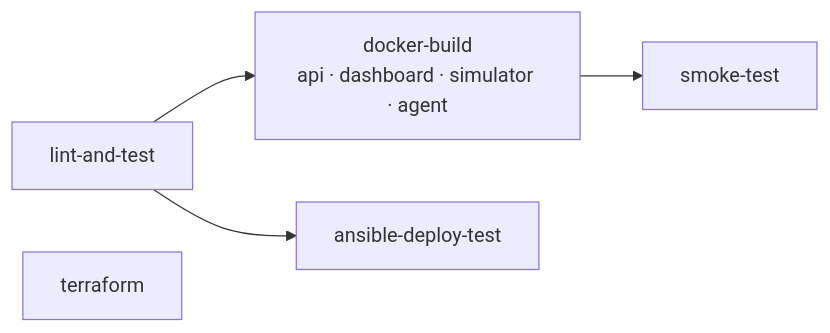
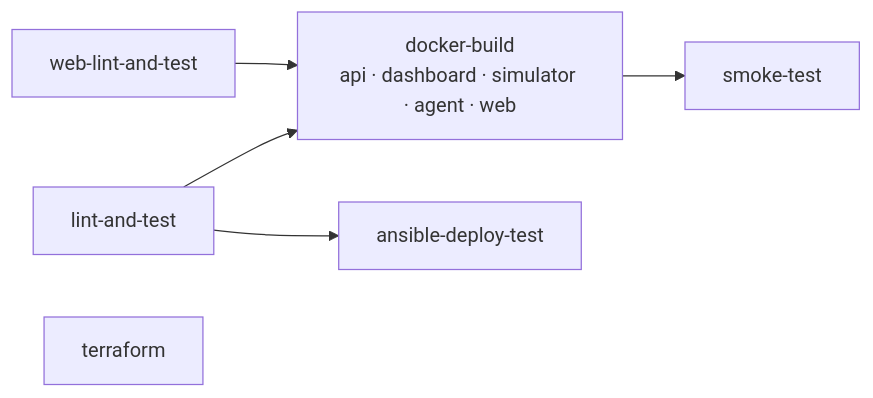
Before and after one commit to Ilsuyuksel133/smart-fleet: the third of 4 diagrams in README.md, drawn with Mermaid. The commit also changed other lines of this file and 3 other files, not shown here.

````diff
--- a/README.md
+++ b/README.md
@@ -252,7 +256,8 @@
 ```mermaid
 flowchart LR
-    lt[lint-and-test] --> db[docker-build<br/>api · dashboard · simulator · agent]
+    lt[lint-and-test] --> db[docker-build<br/>api · dashboard · simulator · agent · web]
+    wt[web-lint-and-test] --> db
     db --> st[smoke-test]
     lt --> an[ansible-deploy-test]
     tf[terraform]
 ```
````
